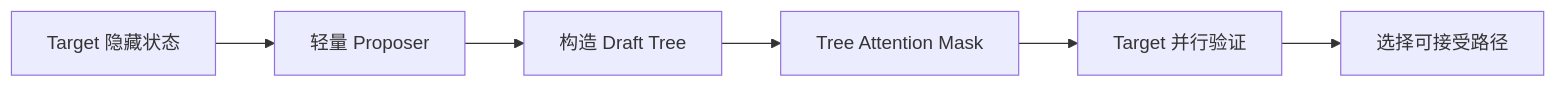
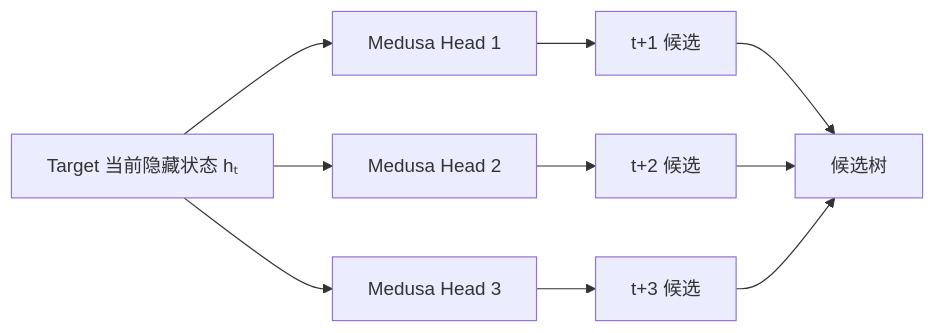
One commit to caomaolufei/AIInfraGuide changed the first of 2 diagrams in docs/guides/模块四-推理优化/第5章-Speculative-Decoding/5.3-Self-Draft方案.md. Above: the diagram before and after it, drawn with Mermaid. The commit also changed other lines of this file and 53 other files, not shown here.

````diff
--- a/docs/guides/模块四-推理优化/第5章-Speculative-Decoding/5.3-Self-Draft方案.md
+++ b/docs/guides/模块四-推理优化/第5章-Speculative-Decoding/5.3-Self-Draft方案.md
@@ -39,8 +241,12 @@
 ```mermaid
 flowchart LR
-    H["Target 隐藏状态"] --> P["轻量 Proposer"]
-    P --> T["构造 Draft Tree"]
-    T --> M["Tree Attention Mask"]
-    M --> V["Target 并行验证"]
-    V --> A["选择可接受路径"]
+    H["Target 当前隐藏状态 hₜ"] --> M1["Medusa Head 1"]
+    H --> M2["Medusa Head 2"]
+    H --> M3["Medusa Head 3"]
+    M1 --> C1["t+1 候选"]
+    M2 --> C2["t+2 候选"]
+    M3 --> C3["t+3 候选"]
+    C1 --> T["候选树"]
+    C2 --> T
+    C3 --> T
 ```
````
